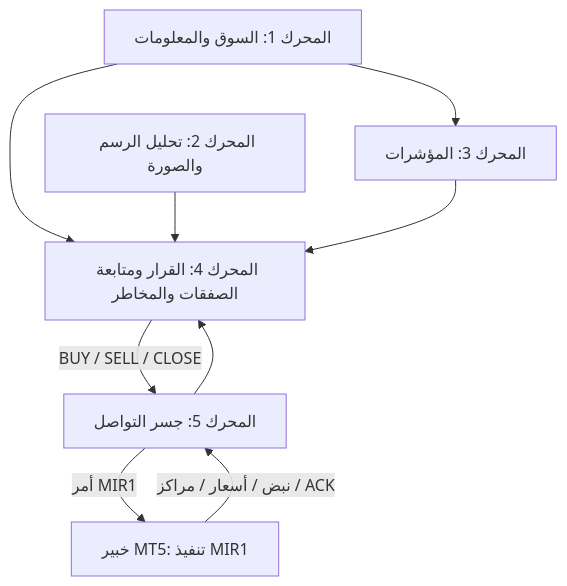
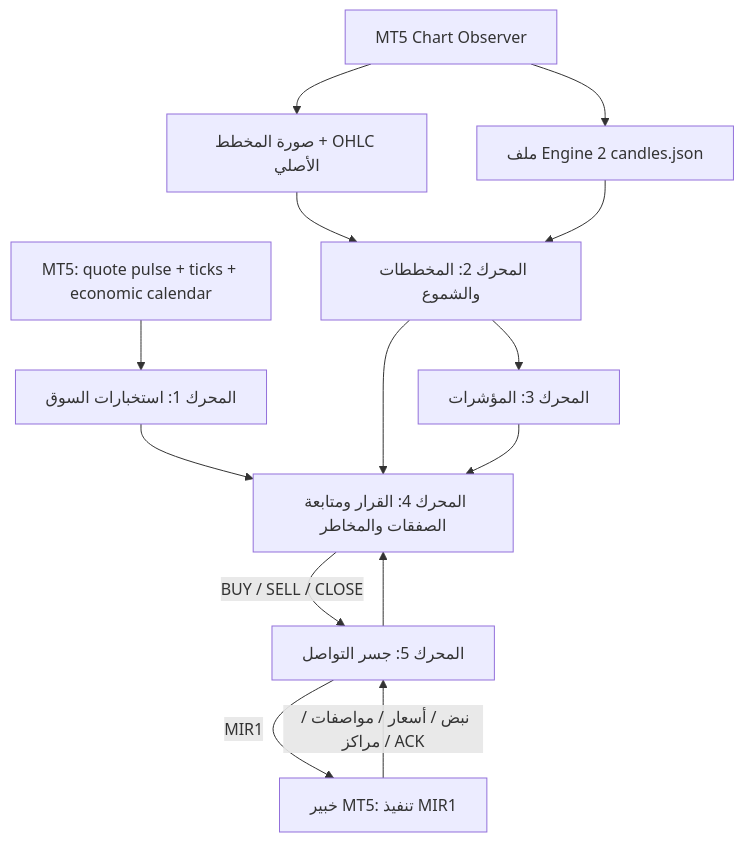
The diagram in Mirsad_BTC/ARCHITECTURE_AR.md (staryuzar/-), drawn with Mermaid before and after one commit. The commit also changed other lines of this file, not shown here.

Commit message:
Document strict Engine 1 market and Engine 2 candle ownership

````diff
--- a/Mirsad_BTC/ARCHITECTURE_AR.md
+++ b/Mirsad_BTC/ARCHITECTURE_AR.md
@@ -12,17 +7,26 @@
 ```mermaid
 flowchart TB
-  M1["المحرك 1: السوق والمعلومات"]
-  M2["المحرك 2: تحليل الرسم والصورة"]
+  MT5["MT5: quote pulse + ticks + economic calendar"]
+  M1["المحرك 1: استخبارات السوق"]
+  OBS["MT5 Chart Observer"]
+  IMG["صورة المخطط + OHLC الأصلي"]
+  CANDLES["ملف Engine 2 candles.json"]
+  M2["المحرك 2: المخططات والشموع"]
   M3["المحرك 3: المؤشرات"]
   D["المحرك 4: القرار ومتابعة الصفقات والمخاطر"]
   B["المحرك 5: جسر التواصل"]
   EA["خبير MT5: تنفيذ MIR1"]
-  M1 --> M3
+  MT5 --> M1
+  OBS --> IMG
+  OBS --> CANDLES
+  IMG --> M2
+  CANDLES --> M2
+  M2 --> M3
   M1 --> D
   M2 --> D
   M3 --> D
   D -->|BUY / SELL / CLOSE| B
-  B -->|أمر MIR1| EA
-  EA -->|نبض / أسعار / مراكز / ACK| B
+  B -->|MIR1| EA
+  EA -->|نبض / أسعار / مواصفات / مراكز / ACK| B
   B --> D
 ```
````
